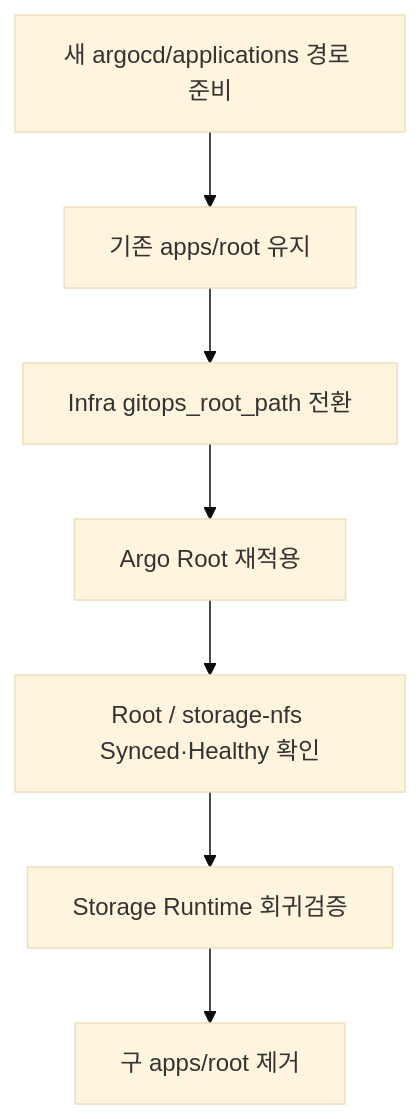
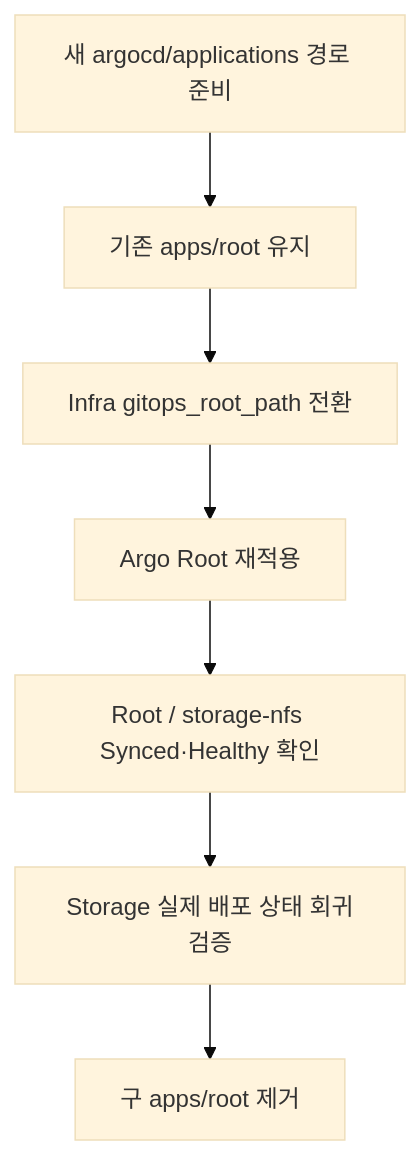
One commit to seokpan/seokpan-docs changed the diagram in troubleshooting/TS-016_ArgoCD_Root_전환_kubeconfig_tmp_충돌.md. Above: the diagram before and after it, drawn with Mermaid (base theme). The commit also changed other lines of this file and 21 other files, not shown here.

````diff
--- a/troubleshooting/TS-016_ArgoCD_Root_전환_kubeconfig_tmp_충돌.md
+++ b/troubleshooting/TS-016_ArgoCD_Root_전환_kubeconfig_tmp_충돌.md
@@ -33,12 +32,12 @@
 ```mermaid
 flowchart TD
     A["새 argocd/applications 경로 준비"]
     B["기존 apps/root 유지"]
     C["Infra gitops_root_path 전환"]
     D["Argo Root 재적용"]
     E["Root / storage-nfs Synced·Healthy 확인"]
-    F["Storage Runtime 회귀검증"]
+    F["Storage 실제 배포 상태 회귀검증"]
     G["구 apps/root 제거"]
 
     A --> B --> C --> D --> E --> F --> G
 ```
````
